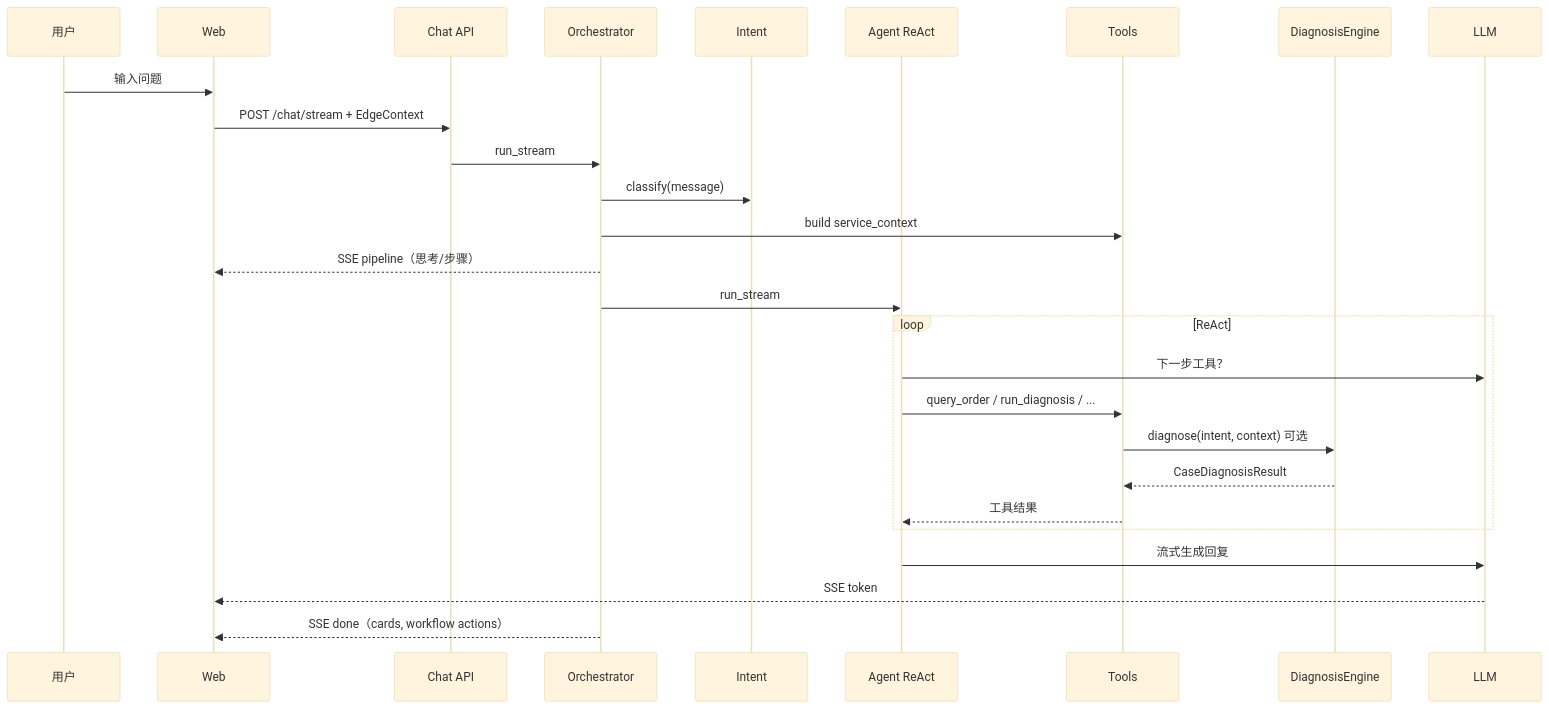
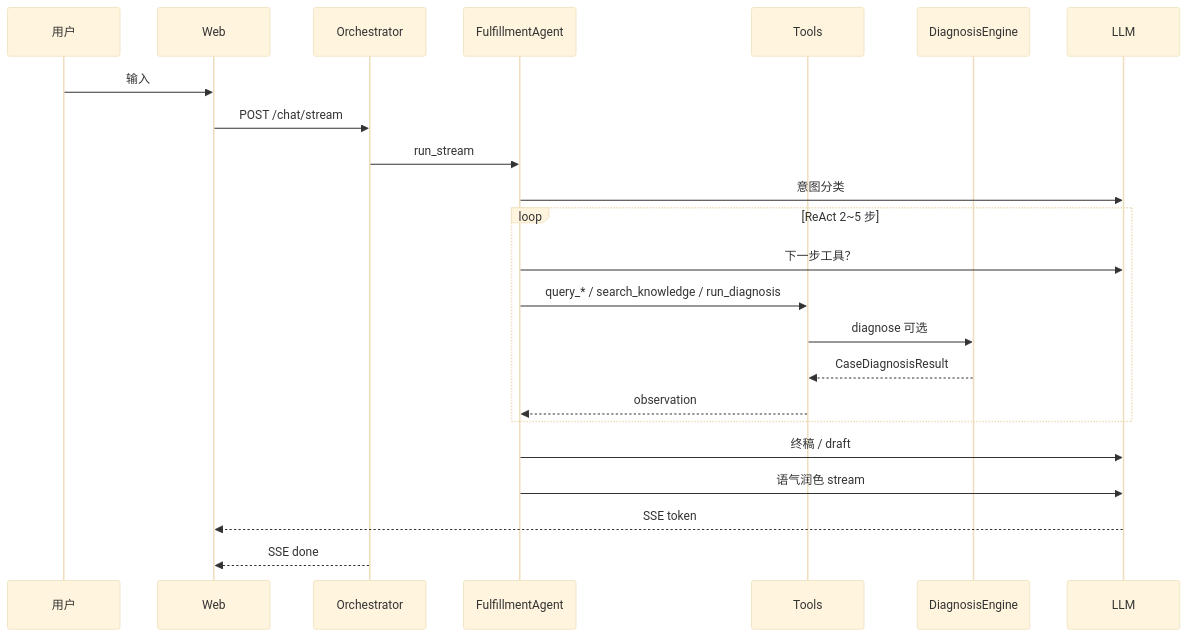
The second of 2 diagrams in docs/ARCHITECTURE.md (SheilahZ-2024/vibe_test), drawn with Mermaid (base theme) before and after one commit. The commit also changed other lines of this file and 19 other files, not shown here.

First line of the commit message:
feat: search_knowledge tool, error recovery, reservation seed v6, docs refresh

````diff
--- a/docs/ARCHITECTURE.md
+++ b/docs/ARCHITECTURE.md
@@ -88,30 +83,26 @@
 ```mermaid
 sequenceDiagram
   participant U as 用户
   participant W as Web
-  participant C as Chat API
   participant O as Orchestrator
-  participant I as Intent
-  participant A as Agent ReAct
+  participant A as FulfillmentAgent
   participant T as Tools
   participant D as DiagnosisEngine
   participant L as LLM
 
-  U->>W: 输入问题
-  W->>C: POST /chat/stream + EdgeContext
-  C->>O: run_stream
-  O->>I: classify(message)
-  O->>T: build service_context
-  O-->>W: SSE pipeline（思考/步骤）
+  U->>W: 输入
+  W->>O: POST /chat/stream
   O->>A: run_stream
-  loop ReAct
+  A->>L: 意图分类
+  loop ReAct 2~5 步
     A->>L: 下一步工具？
-    A->>T: query_order / run_diagnosis / ...
-    T->>D: diagnose(intent, context) 可选
+    A->>T: query_* / search_knowledge / run_diagnosis
+    T->>D: diagnose 可选
     D-->>T: CaseDiagnosisResult
-    T-->>A: 工具结果
+    T-->>A: observation
   end
-  A->>L: 流式生成回复
+  A->>L: 终稿 / draft
+  A->>L: 语气润色 stream
   L-->>W: SSE token
-  O-->>W: SSE done（cards, workflow actions）
+  O-->>W: SSE done
 ```
````
